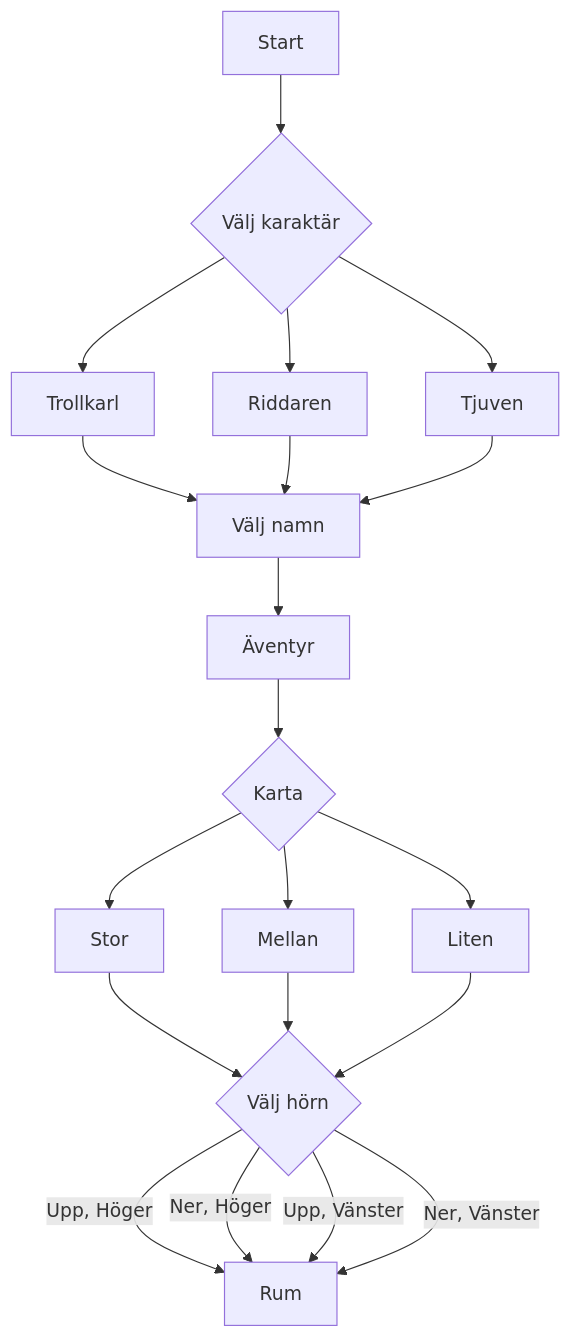
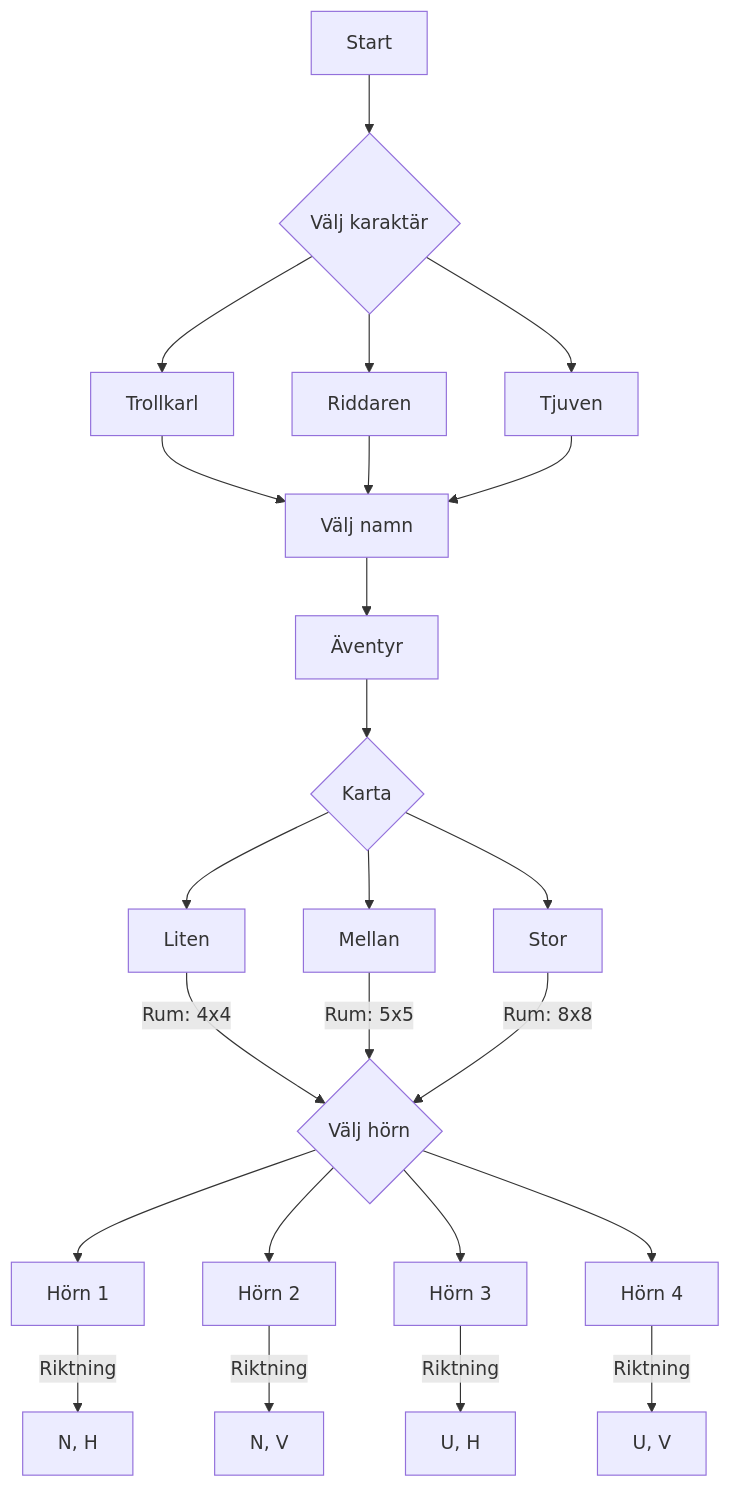
Before and after one commit to MarioKhalaf/Lag-2: the diagram in sequence_diagram.md, drawn with Mermaid.

````diff
--- a/sequence_diagram.md
+++ b/sequence_diagram.md
@@ -1,25 +1,28 @@
 ```mermaid
 graph TD
     A[Start] -->B{Välj karaktär}
     B --> D[Trollkarl]
     B --> E[Riddaren]
     B --> F[Tjuven]
     D --> G[Välj namn]
     E --> G[Välj namn]
     F --> G[Välj namn]
     G --> H[Äventyr]
     H --> I{Karta}
-    I --> J[Stor]
+    I --> J[Liten]
     I --> K[Mellan]
-    I --> L[Liten]
-    J --> M{Välj hörn}
-    K --> M{Välj hörn}
-    L --> M{Välj hörn}
-    M --> |Upp, Höger| N[Rum]
-    M --> |Ner, Höger| N
-    M --> |Upp, Vänster| N
-    M --> |Ner, Vänster| N
-    
+    I --> L[Stor]
+    J --> |Rum: 4x4|M{Välj hörn}
+    K --> |Rum: 5x5|M{Välj hörn}
+    L --> |Rum: 8x8|M{Välj hörn}
+    M --> N[Hörn 1]
+    M --> O[Hörn 2]
+    M --> P[Hörn 3]
+    M --> Q[Hörn 4]
+    N --> |Riktning| R[N, H]
+    O --> |Riktning| S[N, V]
+    P --> |Riktning| T[U, H]
+    Q --> |Riktning| U[U, V]
     
     
 ```
````
